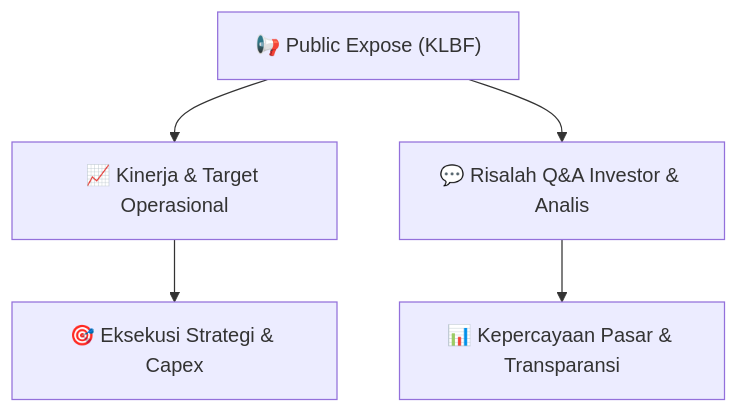
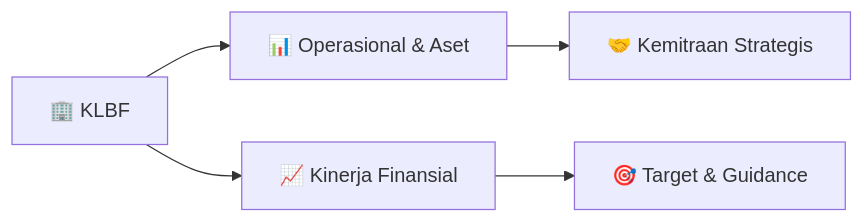
One commit to anYoneo/alphadigest-idx changed the diagram in reports/summaries/public-exposes/informasi-pubex/KLBF_Public_Expose_20260828.md. Above: the diagram before and after it, drawn with Mermaid. The commit also changed other lines of this file and 526 other files, not shown here.

````diff
--- a/reports/summaries/public-exposes/informasi-pubex/KLBF_Public_Expose_20260828.md
+++ b/reports/summaries/public-exposes/informasi-pubex/KLBF_Public_Expose_20260828.md
@@ -35,7 +113,7 @@
 ```mermaid
-flowchart TD
-    A["📢 Public Expose (KLBF)"] --> B["📈 Kinerja & Target Operasional"]
-    A --> C["💬 Risalah Q&A Investor & Analis"]
-    B --> D["🎯 Eksekusi Strategi & Capex"]
-    C --> E["📊 Kepercayaan Pasar & Transparansi"]
+flowchart LR
+    A["🏢 KLBF"] --> B["📊 Operasional & Aset"]
+    A --> C["📈 Kinerja Finansial"]
+    B --> D["🤝 Kemitraan Strategis"]
+    C --> E["🎯 Target & Guidance"]
 ```
````
